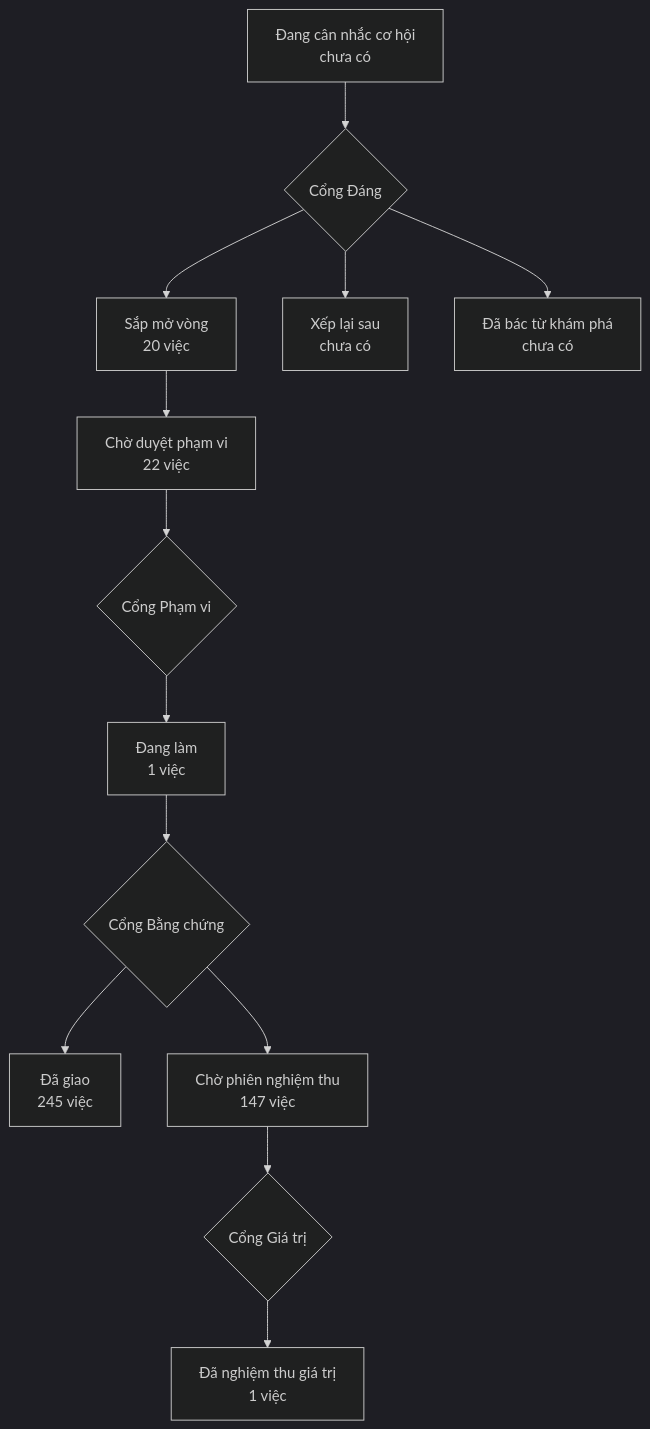
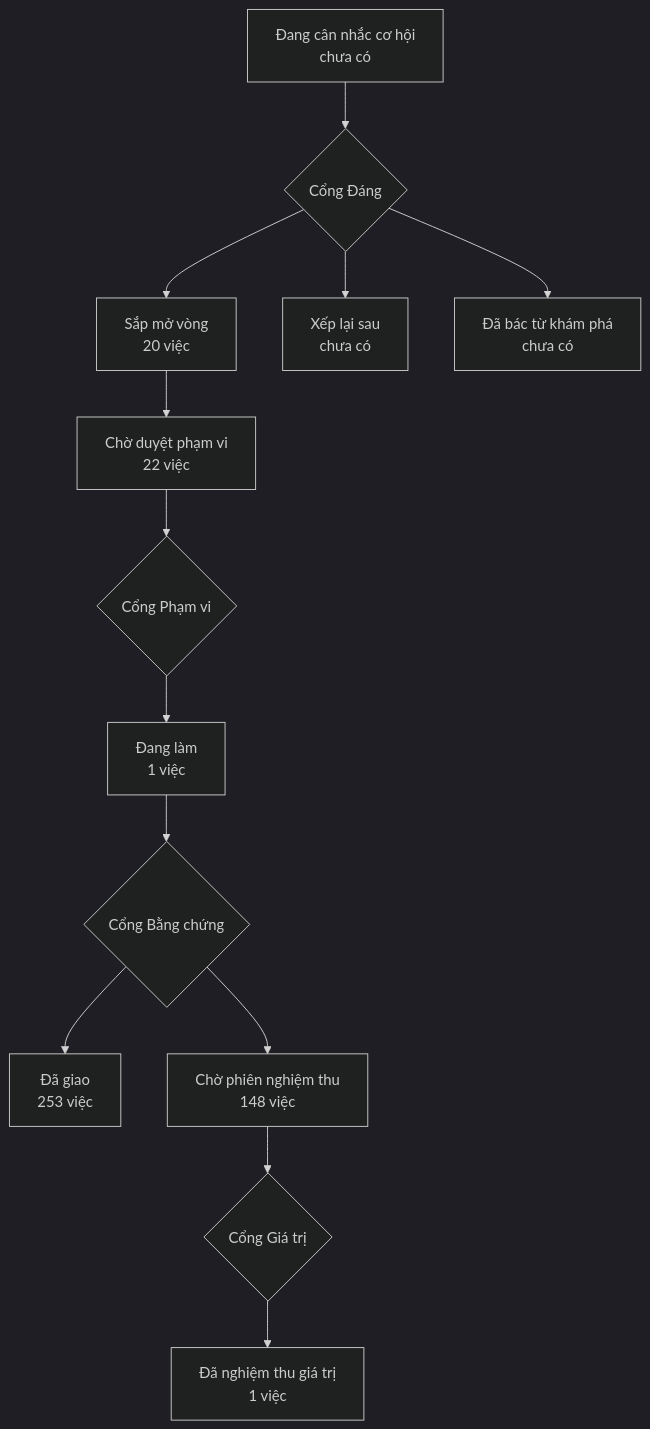
The diagram in PRODUCT-MAP.md (phanlemanh/onehub-invest), drawn with Mermaid (dark theme) before and after one commit. The commit also changed other lines of this file and 1 other file, not shown here.

````diff
--- a/PRODUCT-MAP.md
+++ b/PRODUCT-MAP.md
@@ -7,12 +7,12 @@
 ```mermaid
 flowchart TD
   A["Đang cân nhắc cơ hội<br/>chưa có"] --> GD{"Cổng Đáng"}
   GD --> B["Sắp mở vòng<br/>20 việc"]
   GD --> XL["Xếp lại sau<br/>chưa có"]
   GD --> DB["Đã bác từ khám phá<br/>chưa có"]
   B --> CD["Chờ duyệt phạm vi<br/>22 việc"] --> GP{"Cổng Phạm vi"}
   GP --> DL["Đang làm<br/>1 việc"] --> GB{"Cổng Bằng chứng"}
-  GB --> DG["Đã giao<br/>245 việc"]
-  GB --> CN["Chờ phiên nghiệm thu<br/>147 việc"] --> GG{"Cổng Giá trị"}
+  GB --> DG["Đã giao<br/>253 việc"]
+  GB --> CN["Chờ phiên nghiệm thu<br/>148 việc"] --> GG{"Cổng Giá trị"}
   GG --> NT["Đã nghiệm thu giá trị<br/>1 việc"]
 ```
````
